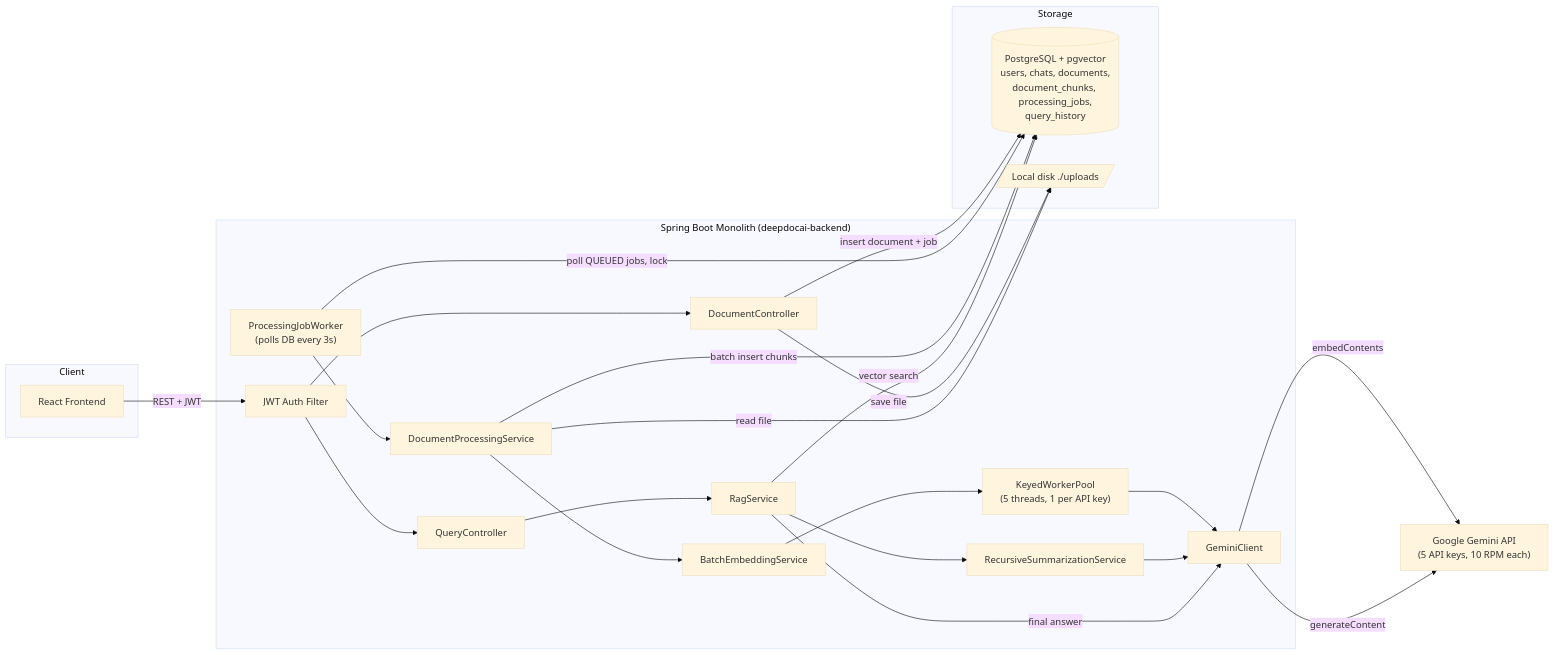
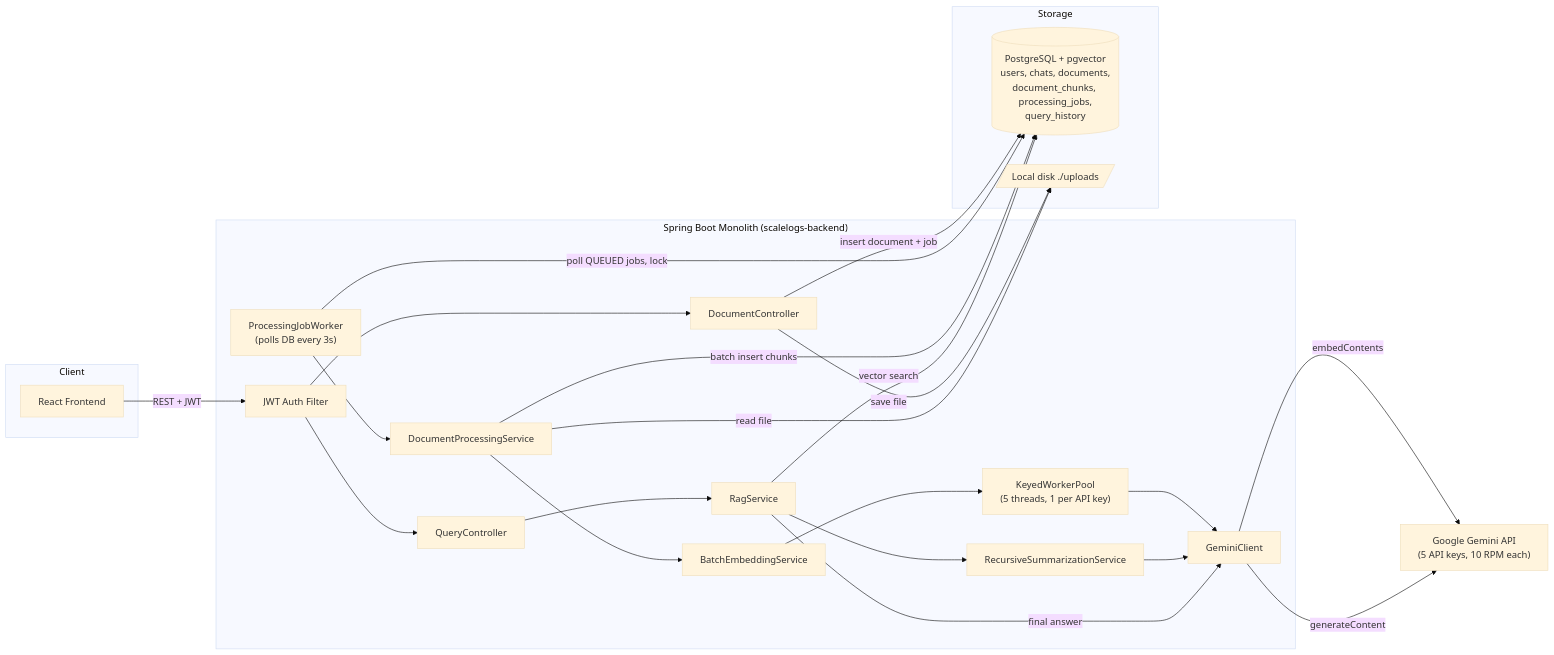
One commit to shubamchaudhary/ChunkAI changed the first of 3 diagrams in docs/01-current-architecture.md. Above: the diagram before and after it, drawn with Mermaid (base theme). The commit also changed other lines of this file and 170 other files, not shown here.

````diff
--- a/docs/01-current-architecture.md
+++ b/docs/01-current-architecture.md
@@ -41,39 +41,39 @@
 ```mermaid
 flowchart LR
     subgraph Client
         FE[React Frontend]
     end
 
-    subgraph SpringBoot["Spring Boot Monolith (deepdocai-backend)"]
+    subgraph SpringBoot["Spring Boot Monolith (scalelogs-backend)"]
         AUTH[JWT Auth Filter]
         DC[DocumentController]
         QC[QueryController]
         JW["ProcessingJobWorker<br/>(polls DB every 3s)"]
         DPS[DocumentProcessingService]
         RAG[RagService]
         RSS[RecursiveSummarizationService]
         BES[BatchEmbeddingService]
         KWP["KeyedWorkerPool<br/>(5 threads, 1 per API key)"]
         GC[GeminiClient]
     end
 
     subgraph Storage
         PG[("PostgreSQL + pgvector<br/>users, chats, documents,<br/>document_chunks, processing_jobs,<br/>query_history")]
         DISK[/"Local disk ./uploads"/]
     end
 
     GEMINI["Google Gemini API<br/>(5 API keys, 10 RPM each)"]
 
     FE -->|REST + JWT| AUTH --> DC & QC
     DC -->|save file| DISK
     DC -->|insert document + job| PG
     JW -->|poll QUEUED jobs, lock| PG
     JW --> DPS
     DPS -->|read file| DISK
     DPS --> BES --> KWP --> GC -->|embedContents| GEMINI
     DPS -->|batch insert chunks| PG
     QC --> RAG
     RAG -->|vector search| PG
     RAG --> RSS --> GC -->|generateContent| GEMINI
     RAG -->|final answer| GC
 ```
````
